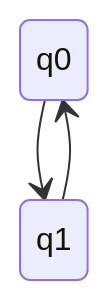
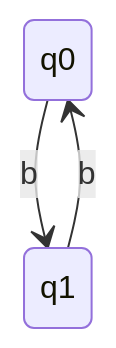
One commit to AlessandroMIlani/Obsidian changed the first of 6 diagrams in Università/Anno II/LFT/DFA.md. Above: the diagram before and after it, drawn with Mermaid. The commit also changed other lines of this file and 4 other files, not shown here.

````diff
--- a/Università/Anno II/LFT/DFA.md
+++ b/Università/Anno II/LFT/DFA.md
@@ -39,6 +38,5 @@
 ```mermaid 
 stateDiagram-v2
-	q0 --> q1
-	q1 --> q0
-
+	q0 --> q1 :b
+	q1 --> q0 :b
 ```
````
